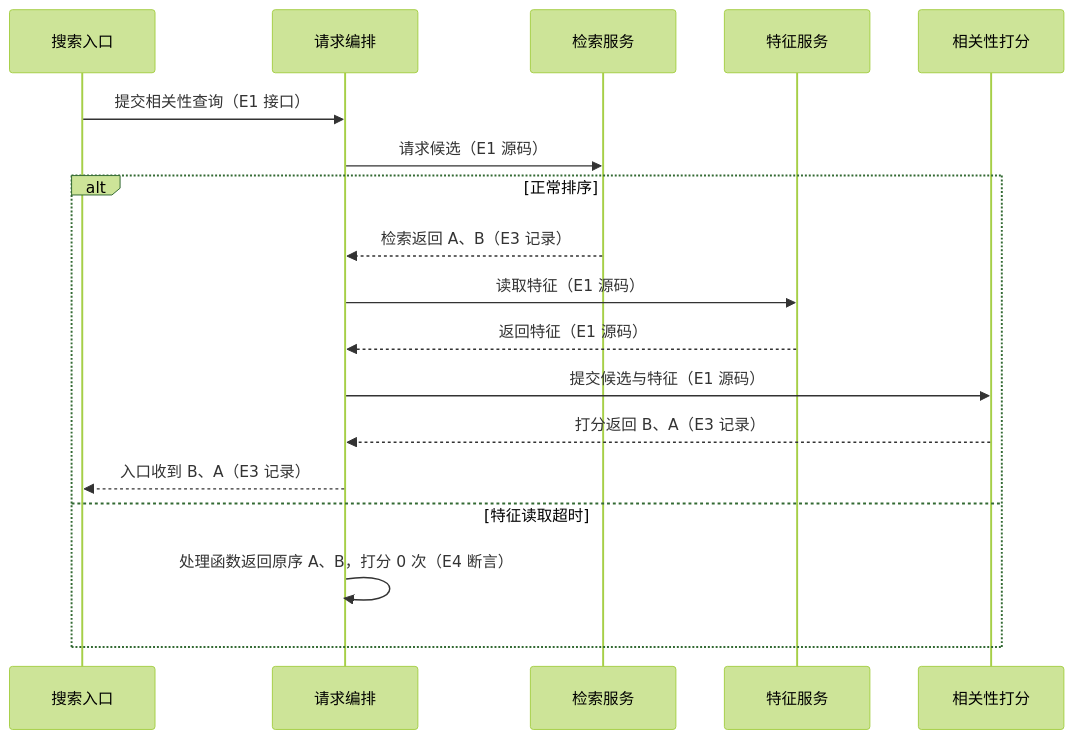
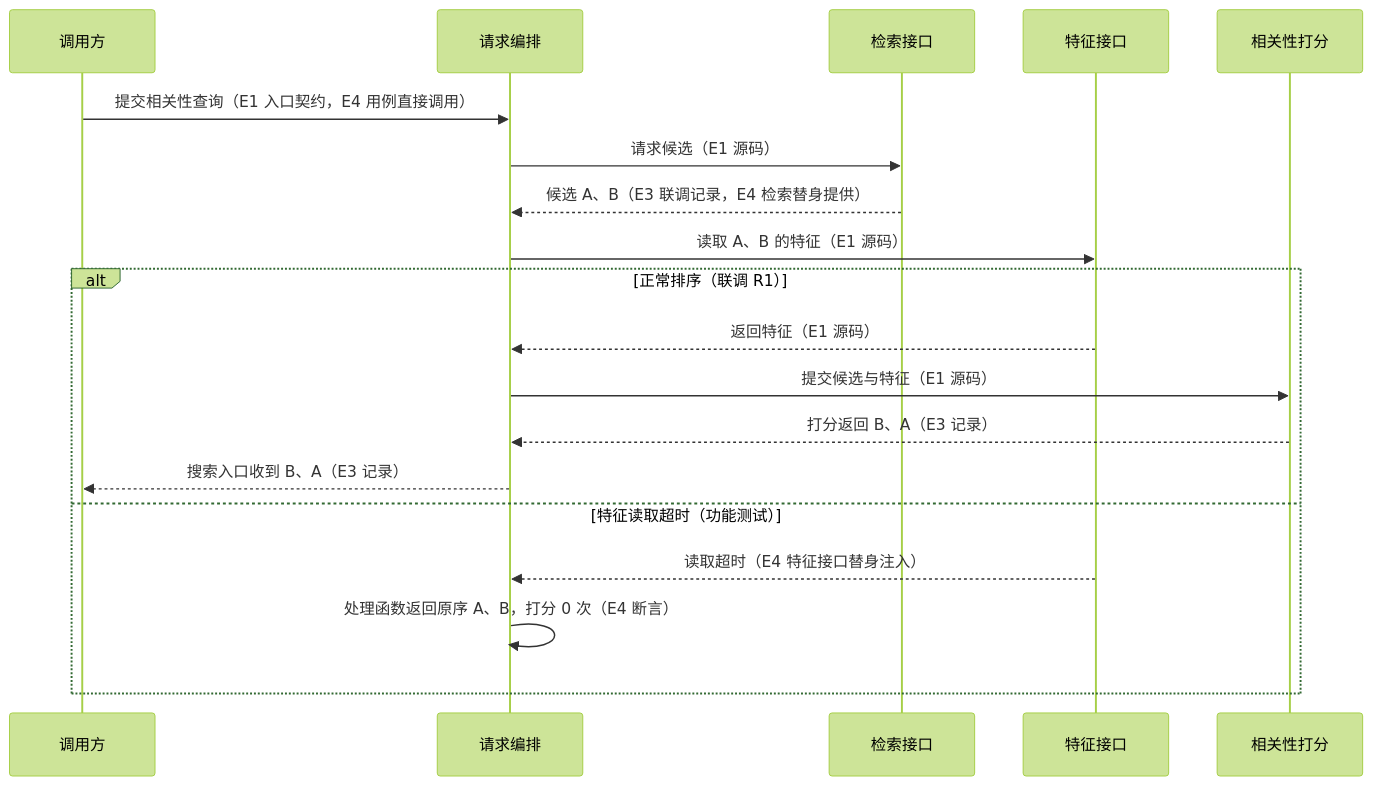
The fourth of 5 diagrams in Plugins/code-optimizer/skills/sra/sra-scenario-analysis/references/example-report.md (openeuler-mirror/KPBot), drawn with Mermaid (forest theme) before and after one commit. The commit also changed other lines of this file and 1 other file, not shown here.

Commit message:
fix(sra): 补全特征超时回退的候选来源与读取时序

````diff
--- a/Plugins/code-optimizer/skills/sra/sra-scenario-analysis/references/example-report.md
+++ b/Plugins/code-optimizer/skills/sra/sra-scenario-analysis/references/example-report.md
@@ -78,20 +78,21 @@
 ```mermaid
 sequenceDiagram
-    participant E as 搜索入口
+    participant C as 调用方
     participant R as 请求编排
-    participant I as 检索服务
-    participant F as 特征服务
+    participant I as 检索接口
+    participant F as 特征接口
     participant S as 相关性打分
-    E->>R: 提交相关性查询（E1 接口）
+    C->>R: 提交相关性查询（E1 入口契约，E4 用例直接调用）
     R->>I: 请求候选（E1 源码）
-    alt 正常排序
-        I-->>R: 检索返回 A、B（E3 记录）
-        R->>F: 读取特征（E1 源码）
+    I-->>R: 候选 A、B（E3 联调记录，E4 检索替身提供）
+    R->>F: 读取 A、B 的特征（E1 源码）
+    alt 正常排序（联调 R1）
         F-->>R: 返回特征（E1 源码）
         R->>S: 提交候选与特征（E1 源码）
         S-->>R: 打分返回 B、A（E3 记录）
-        R-->>E: 入口收到 B、A（E3 记录）
-    else 特征读取超时
+        R-->>C: 搜索入口收到 B、A（E3 记录）
+    else 特征读取超时（功能测试）
+        F-->>R: 读取超时（E4 特征接口替身注入）
         R->>R: 处理函数返回原序 A、B，打分 0 次（E4 断言）
     end
 ```
````
